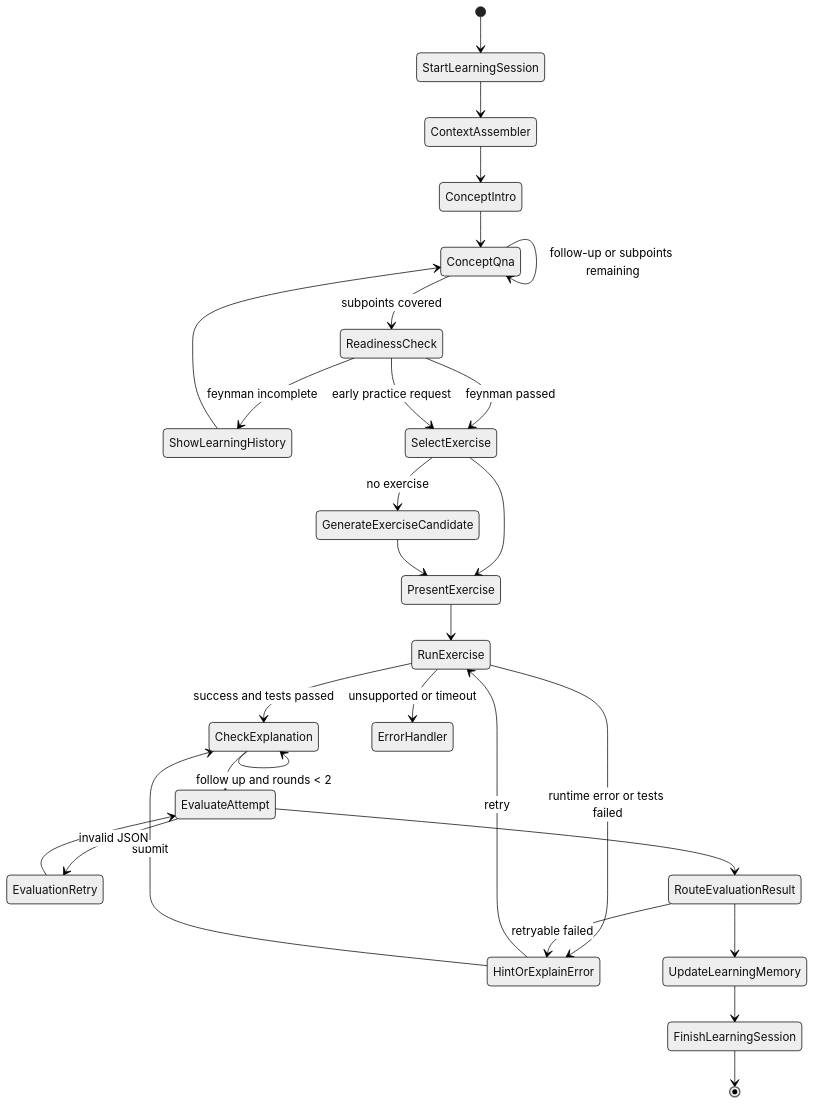
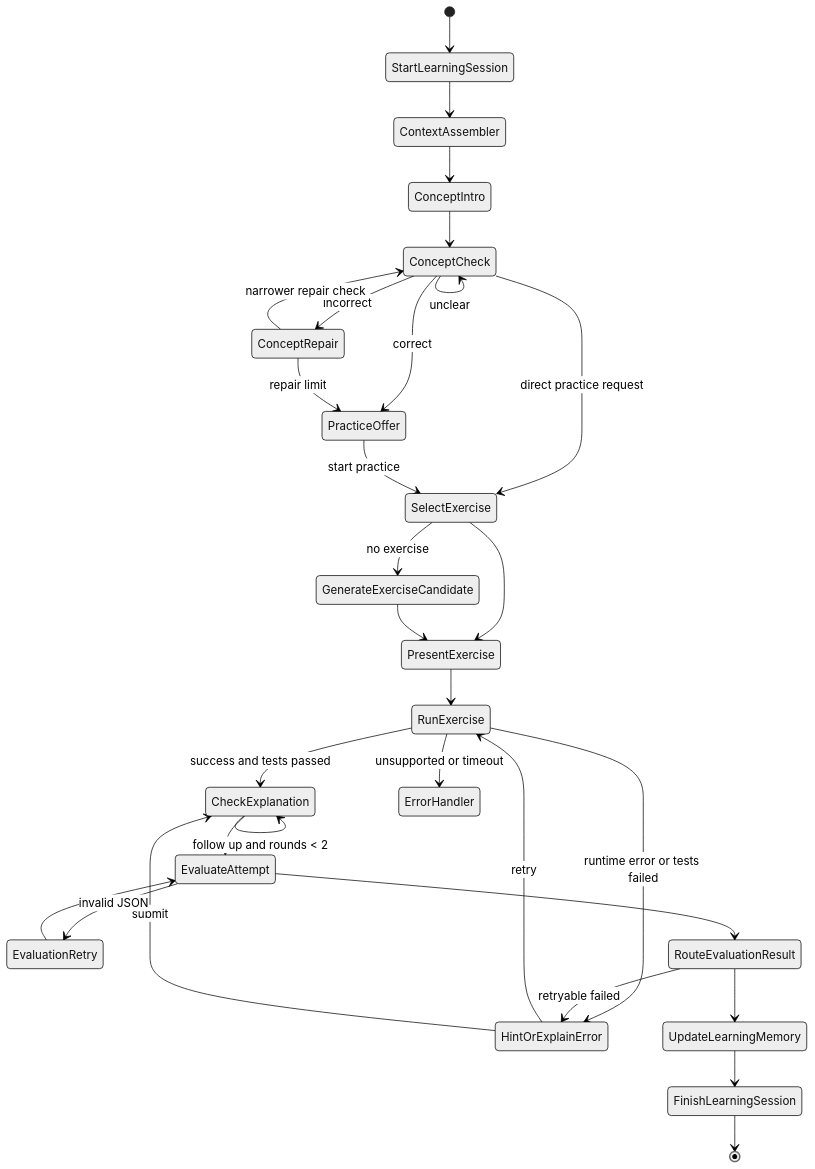
The first of 2 diagrams in docs/architecture/langgraph-state-machine.md (P1nL/Aearn), drawn with Mermaid (neutral theme) before and after one commit. The commit also changed other lines of this file and 51 other files, not shown here.

Commit message:
feat(learning,review): add concept checks and review seed banks

````diff
--- a/docs/architecture/langgraph-state-machine.md
+++ b/docs/architecture/langgraph-state-machine.md
@@ -1099,31 +1172,32 @@
 ```mermaid
 stateDiagram-v2
     [*] --> StartLearningSession
     StartLearningSession --> ContextAssembler
     ContextAssembler --> ConceptIntro
-    ConceptIntro --> ConceptQna
-    ConceptQna --> ConceptQna: follow-up or subpoints remaining
-    ConceptQna --> ReadinessCheck: subpoints covered
-    ReadinessCheck --> ShowLearningHistory: feynman incomplete
-    ShowLearningHistory --> ConceptQna
-    ReadinessCheck --> SelectExercise: feynman passed
-    ReadinessCheck --> SelectExercise: early practice request
+    ConceptIntro --> ConceptCheck
+    ConceptCheck --> PracticeOffer: correct
+    ConceptCheck --> ConceptRepair: incorrect
+    ConceptCheck --> ConceptCheck: unclear
+    ConceptCheck --> SelectExercise: direct practice request
+    ConceptRepair --> ConceptCheck: narrower repair check
+    ConceptRepair --> PracticeOffer: repair limit
+    PracticeOffer --> SelectExercise: start practice
     SelectExercise --> PresentExercise
     SelectExercise --> GenerateExerciseCandidate: no exercise
     GenerateExerciseCandidate --> PresentExercise
     PresentExercise --> RunExercise
     RunExercise --> CheckExplanation: success and tests passed
     RunExercise --> HintOrExplainError: runtime error or tests failed
     RunExercise --> ErrorHandler: unsupported or timeout
     HintOrExplainError --> RunExercise: retry
     HintOrExplainError --> CheckExplanation: submit
     CheckExplanation --> CheckExplanation: follow up and rounds < 2
     CheckExplanation --> EvaluateAttempt
     EvaluateAttempt --> EvaluationRetry: invalid JSON
     EvaluationRetry --> EvaluateAttempt
     EvaluateAttempt --> RouteEvaluationResult
     RouteEvaluationResult --> HintOrExplainError: retryable failed
     RouteEvaluationResult --> UpdateLearningMemory
     UpdateLearningMemory --> FinishLearningSession
     FinishLearningSession --> [*]
 ```
````
